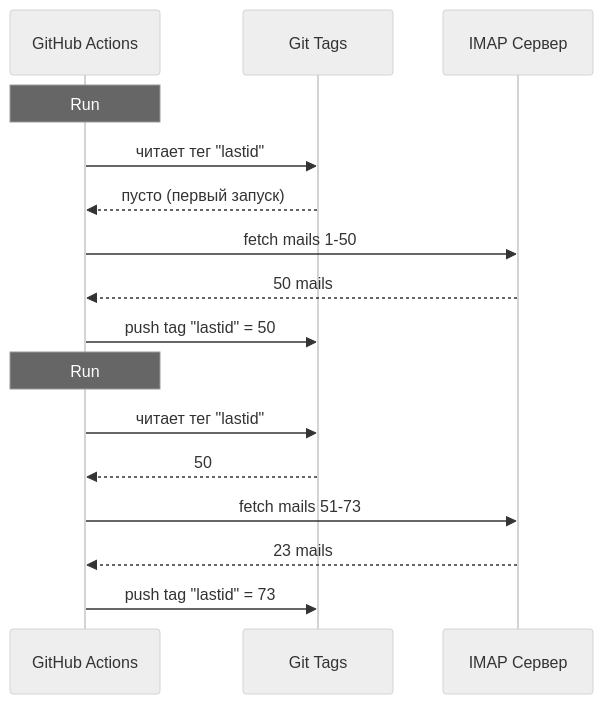
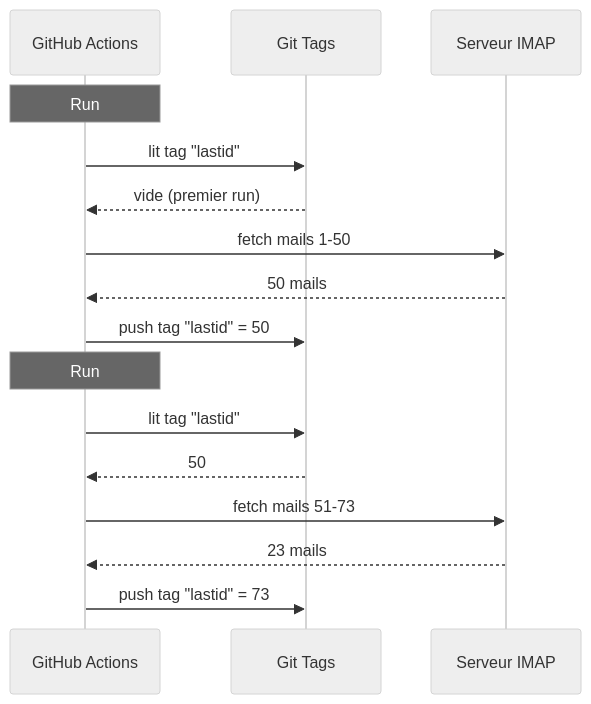
The diagram in public/articles/ru/email-autoreply.md (fox3000foxy/fox3000foxy.github.io), drawn with Mermaid (neutral theme) before and after one commit. The commit also changed other lines of this file and 576 other files, not shown here.

````diff
--- a/public/articles/ru/email-autoreply.md
+++ b/public/articles/ru/email-autoreply.md
@@ -62,20 +62,20 @@
 ```mermaid
 sequenceDiagram
     participant GH as GitHub Actions
     participant GIT as Git Tags
-    participant IMAP as IMAP Сервер
+    participant IMAP as Serveur IMAP
     
     Note over GH: Run #1
-    GH->>GIT: читает тег "lastid"
-    GIT-->>GH: пусто (первый запуск)
+    GH->>GIT: lit tag "lastid"
+    GIT-->>GH: vide (premier run)
     GH->>IMAP: fetch mails 1-50
     IMAP-->>GH: 50 mails
     GH->>GIT: push tag "lastid" = 50
     
     Note over GH: Run #2
-    GH->>GIT: читает тег "lastid"
+    GH->>GIT: lit tag "lastid"
     GIT-->>GH: 50
     GH->>IMAP: fetch mails 51-73
     IMAP-->>GH: 23 mails
     GH->>GIT: push tag "lastid" = 73
 ```
````
